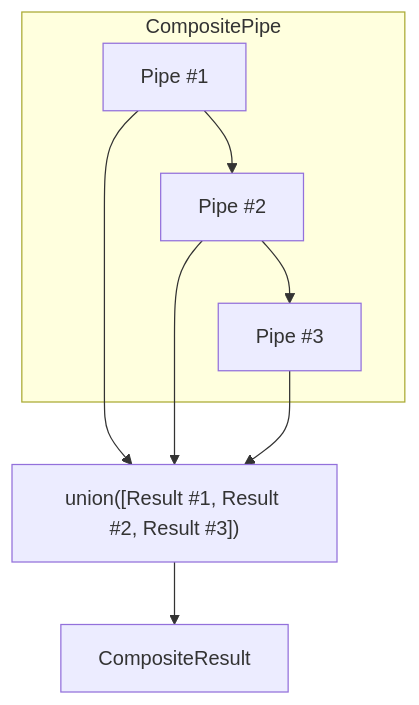
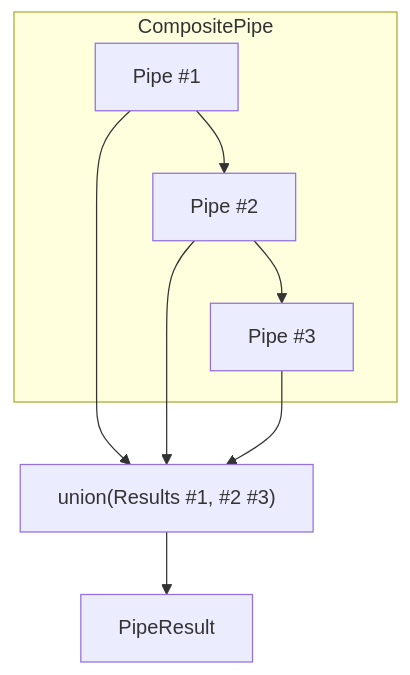
One commit to Softoft-Orga/open-ticket-ai changed the third of 5 diagrams in docs/docs_src/en/users/pipeline.md. Above: the diagram before and after it, drawn with Mermaid. The commit also changed other lines of this file and 17 other files, not shown here.

````diff
--- a/docs/docs_src/en/users/pipeline.md
+++ b/docs/docs_src/en/users/pipeline.md
@@ -87,12 +112,12 @@
 ```mermaid
 flowchart TB
     subgraph CompositePipe
         A["Pipe #1"] --> B["Pipe #2"] --> C["Pipe #3"]
     end
 
     A --> U["Result #1"]
     B --> U["Result #2"]
     C --> U["Result #3"]
-    U["union([Result #1, Result #2, Result #3])"]
-    U --> CR["CompositeResult"]
+    U["union(Results #1, #2 #3)"]
+    U --> CR["PipeResult"]
 ```
````
